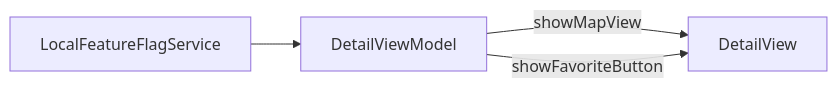
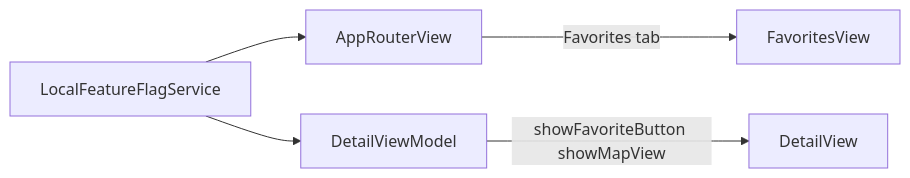
The diagram in Documentation/Content/en/architecture/feature-flags.md (luizmellodev/Blueprint), drawn with Mermaid before and after one commit. The commit also changed other lines of this file and 14 other files, not shown here.

First line of the commit message:
Add Favorites tab flow with DI and tests

````diff
--- a/Documentation/Content/en/architecture/feature-flags.md
+++ b/Documentation/Content/en/architecture/feature-flags.md
@@ -94,9 +95,11 @@
 ```mermaid
 flowchart LR
   SVC[LocalFeatureFlagService]
+  ARV[AppRouterView]
   VM[DetailViewModel]
   V[DetailView]
+  SVC --> ARV
   SVC --> VM
-  VM -->|showMapView| V
-  VM -->|showFavoriteButton| V
+  VM -->|showFavoriteButton showMapView| V
+  ARV -->|Favorites tab| FAV[FavoritesView]
 ```
````
